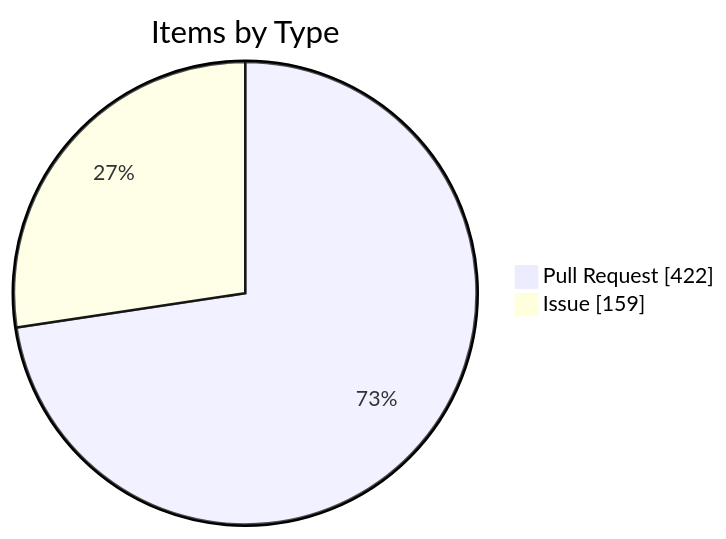
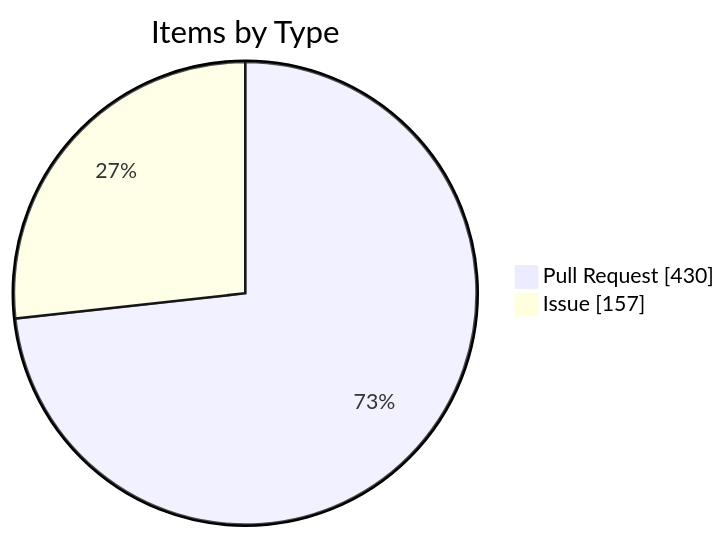
One commit to KBVE/kbve changed the fourth of 4 diagrams in apps/kbve/astro-kbve/src/content/docs/dashboard/kanban-data.mdx. Above: the diagram before and after it, drawn with Mermaid. The commit also changed other lines of this file and 8 other files, not shown here.

````diff
--- a/apps/kbve/astro-kbve/src/content/docs/dashboard/kanban-data.mdx
+++ b/apps/kbve/astro-kbve/src/content/docs/dashboard/kanban-data.mdx
@@ -116,6 +116,6 @@
 ```mermaid
 pie showData
     title Items by Type
-    "Pull Request" : 422
-    "Issue" : 159
+    "Pull Request" : 430
+    "Issue" : 157
 ```
````
